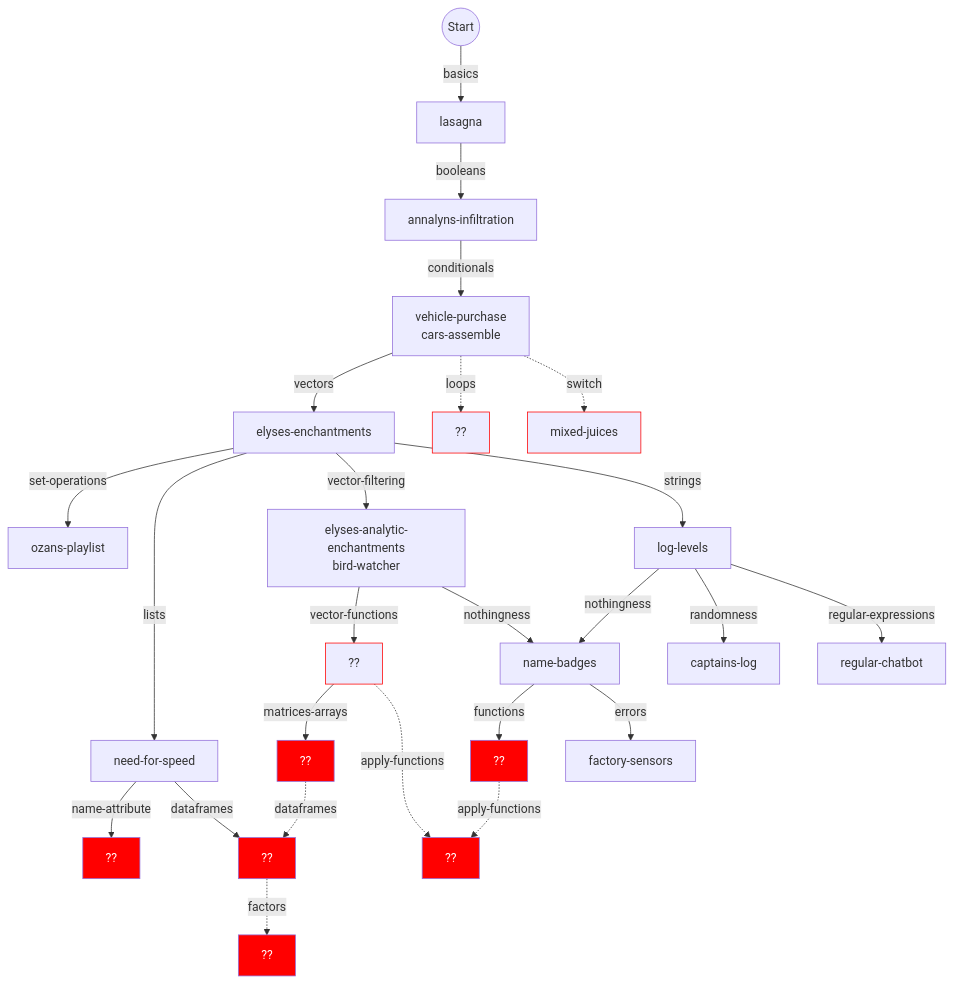
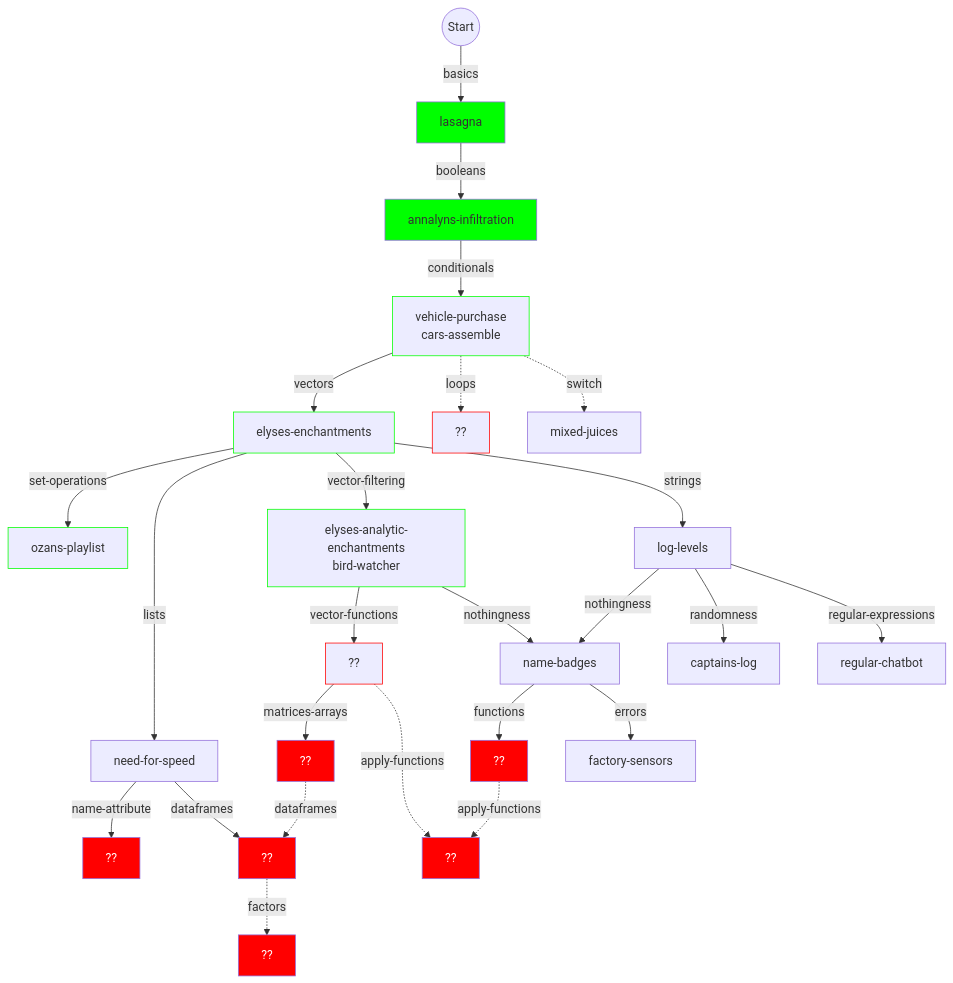
Before and after one commit to colinleach/r_concepts: the first of 2 diagrams in flowchart.md, drawn with Mermaid. The commit also changed other lines of this file and 3 other files, not shown here.

````diff
--- a/flowchart.md
+++ b/flowchart.md
@@ -10,49 +13,59 @@
 ```mermaid
 graph TD
     
 start(("Start")) --basics--> basics["lasagna"]
+style basics fill:#0f0
+
 basics --booleans--> booleans["annalyns-infiltration"]
+style booleans fill:#0f0
+
 booleans --conditionals--> conditionals["vehicle-purchase<br/>cars-assemble"]
+style conditionals stroke:#0f0
+
 conditionals --vectors--> vectors["elyses-enchantments"]
+style vectors stroke:#0f0
 
 conditionals -.loops.-> loops["??"]
 style loops stroke:#f00
 
 conditionals -.switch.-> switch["mixed-juices"]
-style switch stroke:#f00
 
 vectors --set-operations--> set-operations["ozans-playlist"]
+style set-operations stroke:#0f0
+
 vectors --lists--> lists["need-for-speed"]
+
 vectors --vector-filtering--> vector-filtering["elyses-analytic-enchantments<br/>bird-watcher"]
+style vector-filtering stroke:#0f0
 
 vector-filtering --vector-functions--> vector-functions["??"]
 style vector-functions stroke:#f00
 
 vector-filtering --nothingness--> nothingness["name-badges"]
 vectors --strings--> strings["log-levels"]
 
 nothingness --functions--> functions["??"]
 style functions fill:#f00,color:#fff
 
 nothingness --errors--> errors["factory-sensors "]
 strings --nothingness--> nothingness["name-badges"]
 strings --randomness--> randomness["captains-log"]
 strings --regular-expressions--> regular-expressions["regular-chatbot"]
 
 functions -.apply-functions.-> apply-functions["??"]
 vector-functions --matrices-arrays--> matrices-arrays["??"]
 style matrices-arrays fill:#f00,color:#fff
 
 vector-functions -.apply-functions.-> apply-functions["??"]
 style apply-functions fill:#f00,color:#fff
 
 lists --name-attribute--> name-attribute["??"]
 style name-attribute fill:#f00,color:#fff
 
 lists --dataframes--> dataframes["??"]
 style dataframes fill:#f00,color:#fff
 
 matrices-arrays -.dataframes.-> dataframes
 dataframes -.factors.-> factors["??"]
 style factors fill:#f00,color:#fff
 ```
````
